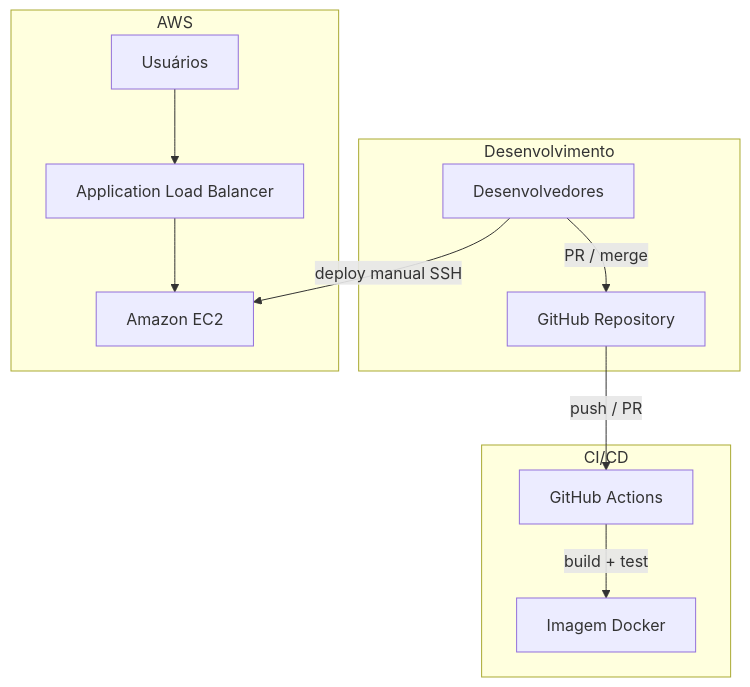
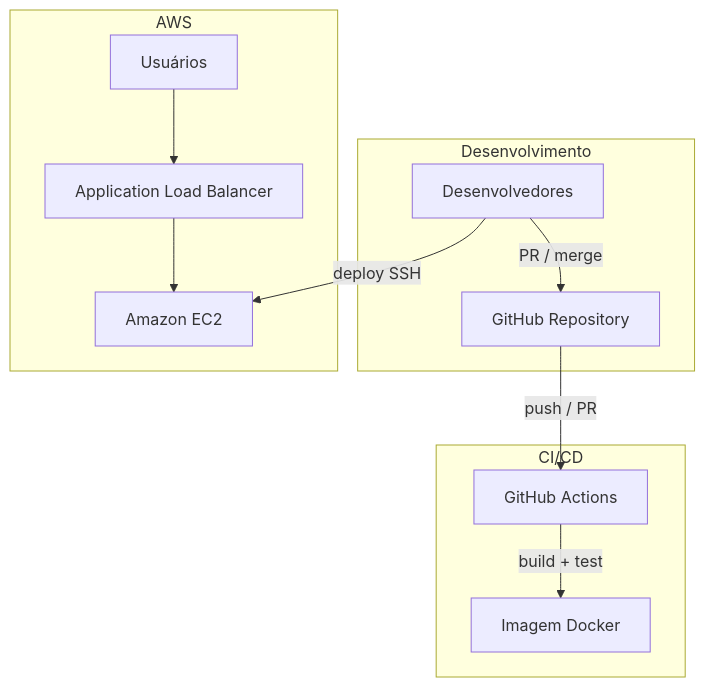
One commit to PedroVazN/Pipeline-E-commerce changed the diagram in README.md. Above: the diagram before and after it, drawn with Mermaid. The commit also changed other lines of this file and 6 other files, not shown here.

````diff
--- a/README.md
+++ b/README.md
@@ -37,22 +36,22 @@
 ```mermaid
 flowchart TB
   subgraph dev [Desenvolvimento]
     Dev[Desenvolvedores]
     GH[GitHub Repository]
     Dev -->|PR / merge| GH
   end
 
   subgraph cicd [CI/CD]
     GA[GitHub Actions]
     GH -->|push / PR| GA
     GA -->|build + test| IMG[Imagem Docker]
   end
 
   subgraph aws [AWS]
     EC2[Amazon EC2]
     ALB[Application Load Balancer]
-    Dev -->|deploy manual SSH| EC2
+    Dev -->|deploy SSH| EC2
     Users[Usuários] --> ALB
     ALB --> EC2
   end
 ```
````
